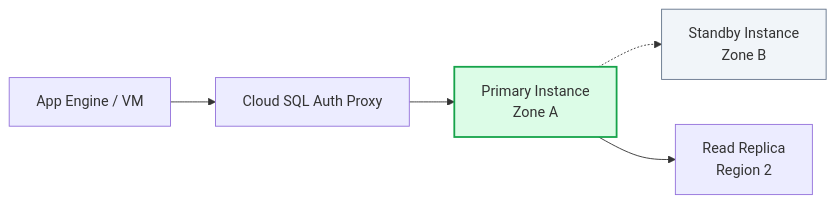
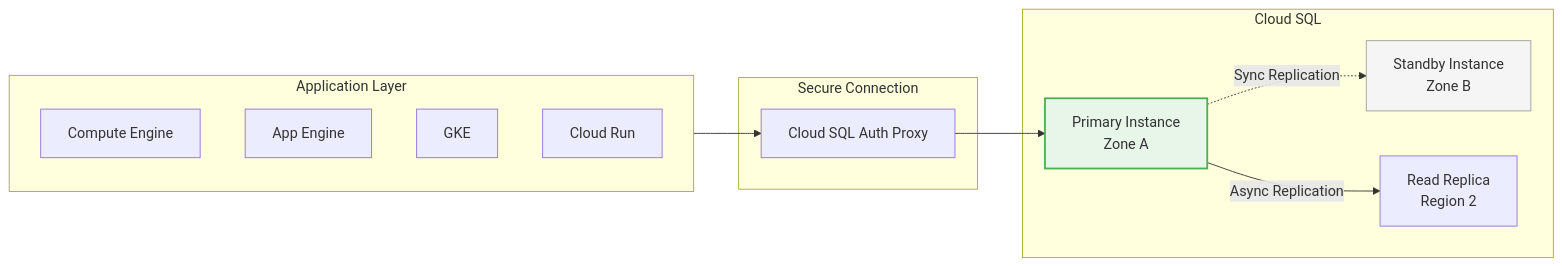
The first of 2 diagrams in curriculum/content/section_10_cloud_sql.md (jyothivempa/gcp-study-plan), drawn with Mermaid before and after one commit. The commit also changed other lines of this file and 84 other files, not shown here.

````diff
--- a/curriculum/content/section_10_cloud_sql.md
+++ b/curriculum/content/section_10_cloud_sql.md
@@ -29,10 +48,26 @@
 ```mermaid
-graph LR
-    App[App Engine / VM] --> LB[Cloud SQL Auth Proxy]
-    LB --> Master[Primary Instance <br/> Zone A]
-    Master -.-> Standby[Standby Instance <br/> Zone B]
-    Master --> RR[Read Replica <br/> Region 2]
+flowchart LR
+    subgraph App["Application Layer"]
+        GCE[Compute Engine]
+        GAE[App Engine]
+        GKE[GKE]
+        CR[Cloud Run]
+    end
     
-    style Master fill:#dcfce7,stroke:#16a34a,stroke-width:2px
-    style Standby fill:#f1f5f9,stroke:#64748b
+    subgraph Proxy["Secure Connection"]
+        PROXY[Cloud SQL Auth Proxy]
+    end
+    
+    subgraph SQL["Cloud SQL"]
+        PRIMARY[Primary Instance<br/>Zone A]
+        STANDBY[Standby Instance<br/>Zone B]
+        REPLICA[Read Replica<br/>Region 2]
+    end
+    
+    App --> PROXY --> PRIMARY
+    PRIMARY -.->|Sync Replication| STANDBY
+    PRIMARY -->|Async Replication| REPLICA
+    
+    style PRIMARY fill:#e8f5e9,stroke:#4caf50,stroke-width:2px
+    style STANDBY fill:#f5f5f5,stroke:#9e9e9e
 ```
````
